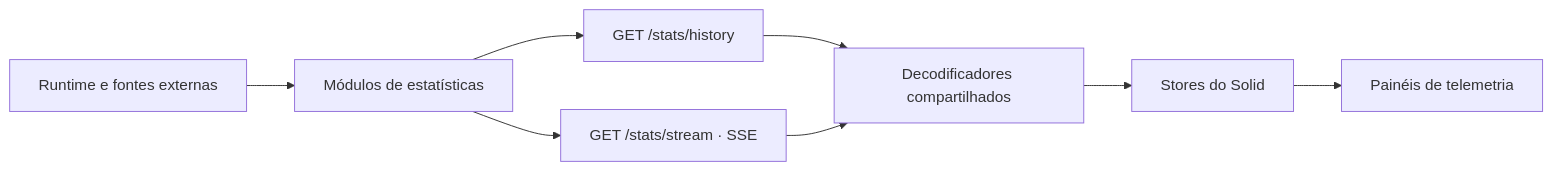
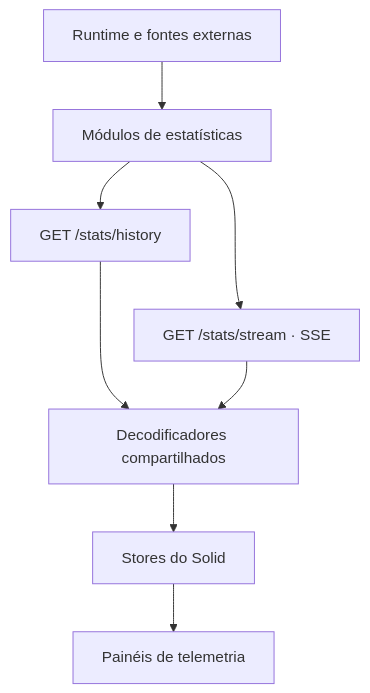
One commit to ErickCReis/ErickCReis changed the diagram in web/content/blog/the-stats-pipeline.pt-BR.mdx. Above: the diagram before and after it, drawn with Mermaid. The commit also changed 21 other files, not shown here.

First line of the commit message:
Improve Mermaid diagram readability across blog posts

````diff
--- a/web/content/blog/the-stats-pipeline.pt-BR.mdx
+++ b/web/content/blog/the-stats-pipeline.pt-BR.mdx
@@ -20,10 +20,11 @@
 ```mermaid center
-flowchart LR
+flowchart TB
   Sources["Runtime e fontes externas"] --> Modules["Módulos de estatísticas"]
   Modules --> History["GET /stats/history"]
   Modules --> Stream["GET /stats/stream · SSE"]
+  History ~~~ Stream
   History --> Transport["Decodificadores compartilhados"]
   Stream --> Transport
   Transport --> Stores["Stores do Solid"]
   Stores --> Panels["Painéis de telemetria"]
 ```
````
